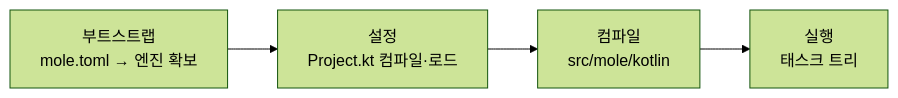
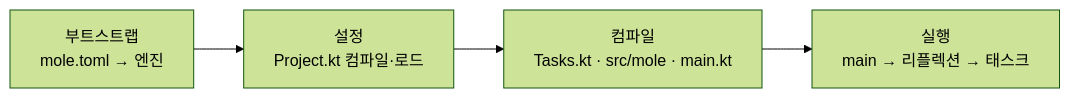
Before and after one commit to JustBurrow/JustBurrow.github.io: the second of 2 diagrams in _posts/2026-09-21-mole-quick-start.md, drawn with Mermaid (forest theme). The commit also changed other lines of this file, not shown here.

First line of the commit message:
🖊️ 모듈별 Tasks.kt와 리플렉션 실행 모델로 자동화 구조를 다시 씀.

````diff
--- a/_posts/2026-09-21-mole-quick-start.md
+++ b/_posts/2026-09-21-mole-quick-start.md
@@ -53,4 +60,4 @@
 ```mermaid
 flowchart LR
-    boot["부트스트랩<br/>mole.toml → 엔진 확보"] --> conf["설정<br/>Project.kt 컴파일·로드"] --> compile["컴파일<br/>src/mole/kotlin"] --> run["실행<br/>태스크 트리"]
+    boot["부트스트랩<br/>mole.toml → 엔진"] --> conf["설정<br/>Project.kt 컴파일·로드"] --> compile["컴파일<br/>Tasks.kt · src/mole · main.kt"] --> run["실행<br/>main → 리플렉션 → 태스크"]
 ```
````
